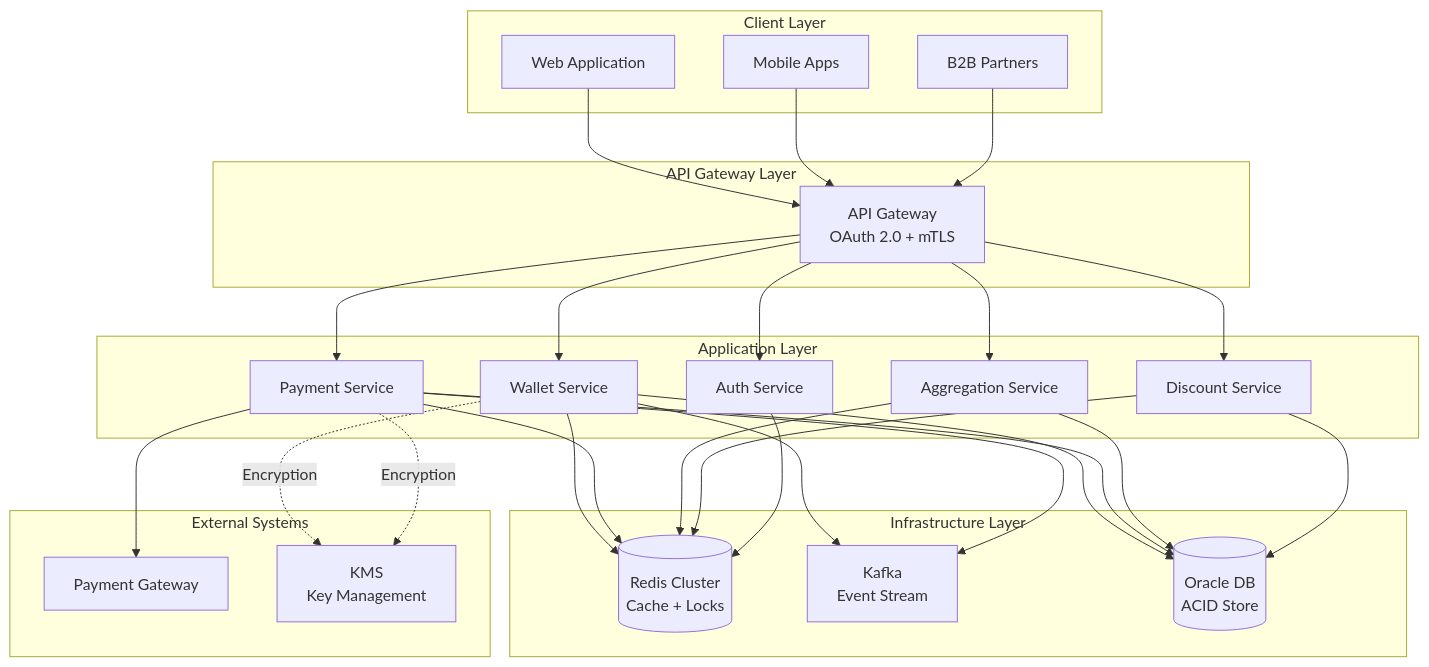
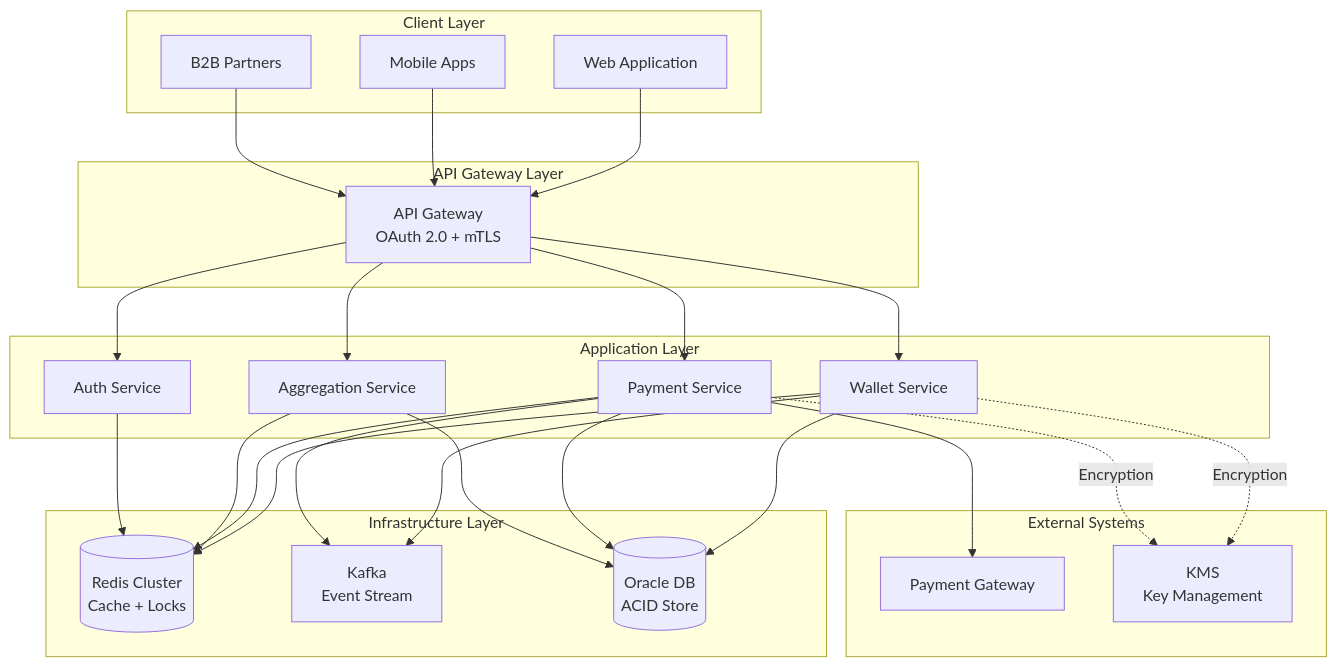
The first of 3 diagrams in docs/01-architecture/system-overview.md (mdastpak/Wallet-Service), drawn with Mermaid before and after one commit. The commit also changed other lines of this file, not shown here.

First line of the commit message:
Remove Discount Service from system-overview.md architecture

````diff
--- a/docs/01-architecture/system-overview.md
+++ b/docs/01-architecture/system-overview.md
@@ -9,61 +9,56 @@
 ```mermaid
 graph TB
     subgraph "Client Layer"
         WEB[Web Application]
         MOBILE[Mobile Apps]
         B2B[B2B Partners]
     end
 
     subgraph "API Gateway Layer"
         APIGW[API Gateway<br/>OAuth 2.0 + mTLS]
     end
 
     subgraph "Application Layer"
         WALLET[Wallet Service]
         PAYMENT[Payment Service]
         AGGREGATE[Aggregation Service]
-        DISCOUNT[Discount Service]
         AUTH[Auth Service]
     end
 
     subgraph "Infrastructure Layer"
         REDIS[(Redis Cluster<br/>Cache + Locks)]
         KAFKA[Kafka<br/>Event Stream]
         ORACLE[(Oracle DB<br/>ACID Store)]
     end
 
     subgraph "External Systems"
         GATEWAY[Payment Gateway]
         KMS[KMS<br/>Key Management]
     end
 
     WEB --> APIGW
     MOBILE --> APIGW
     B2B --> APIGW
 
     APIGW --> WALLET
     APIGW --> PAYMENT
     APIGW --> AGGREGATE
-    APIGW --> DISCOUNT
     APIGW --> AUTH
 
     WALLET --> REDIS
     WALLET --> ORACLE
     WALLET --> KAFKA
 
     PAYMENT --> REDIS
     PAYMENT --> ORACLE
     PAYMENT --> KAFKA
     PAYMENT --> GATEWAY
 
     AGGREGATE --> REDIS
     AGGREGATE --> ORACLE
 
-    DISCOUNT --> REDIS
-    DISCOUNT --> ORACLE
-
     AUTH --> REDIS
 
     WALLET -.Encryption.-> KMS
     PAYMENT -.Encryption.-> KMS
 ```
````
